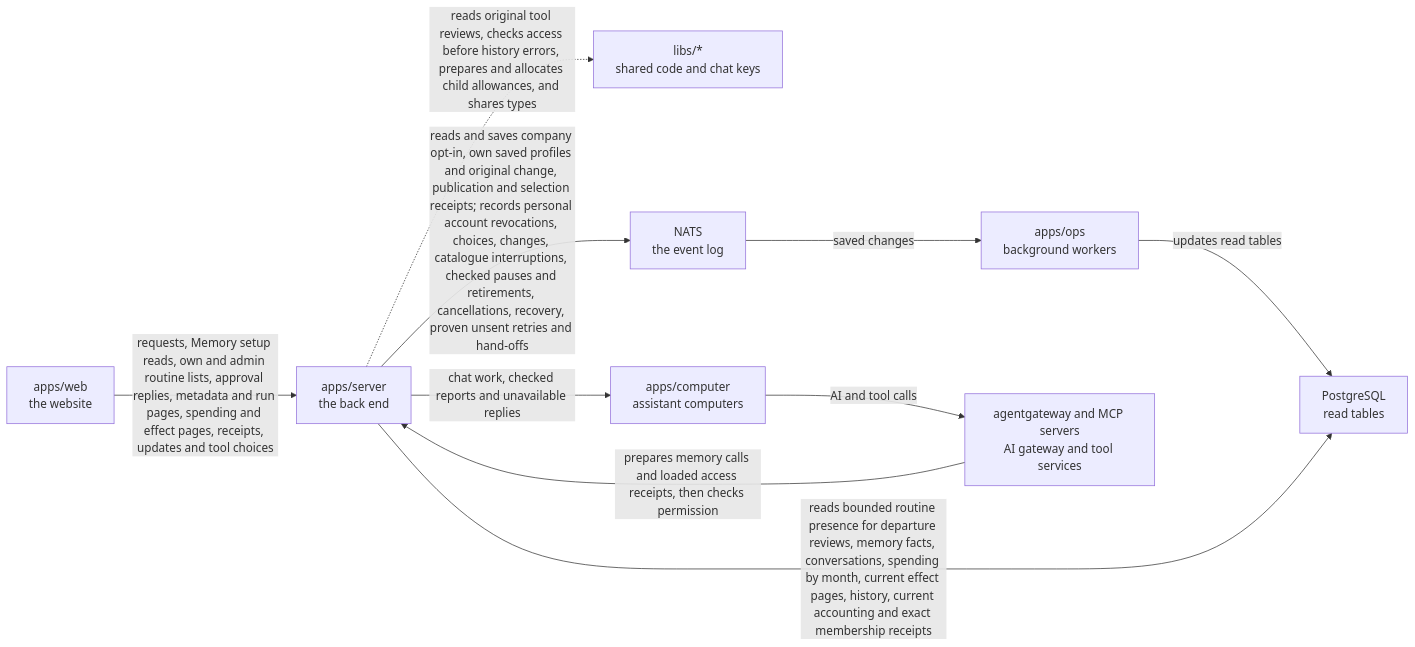
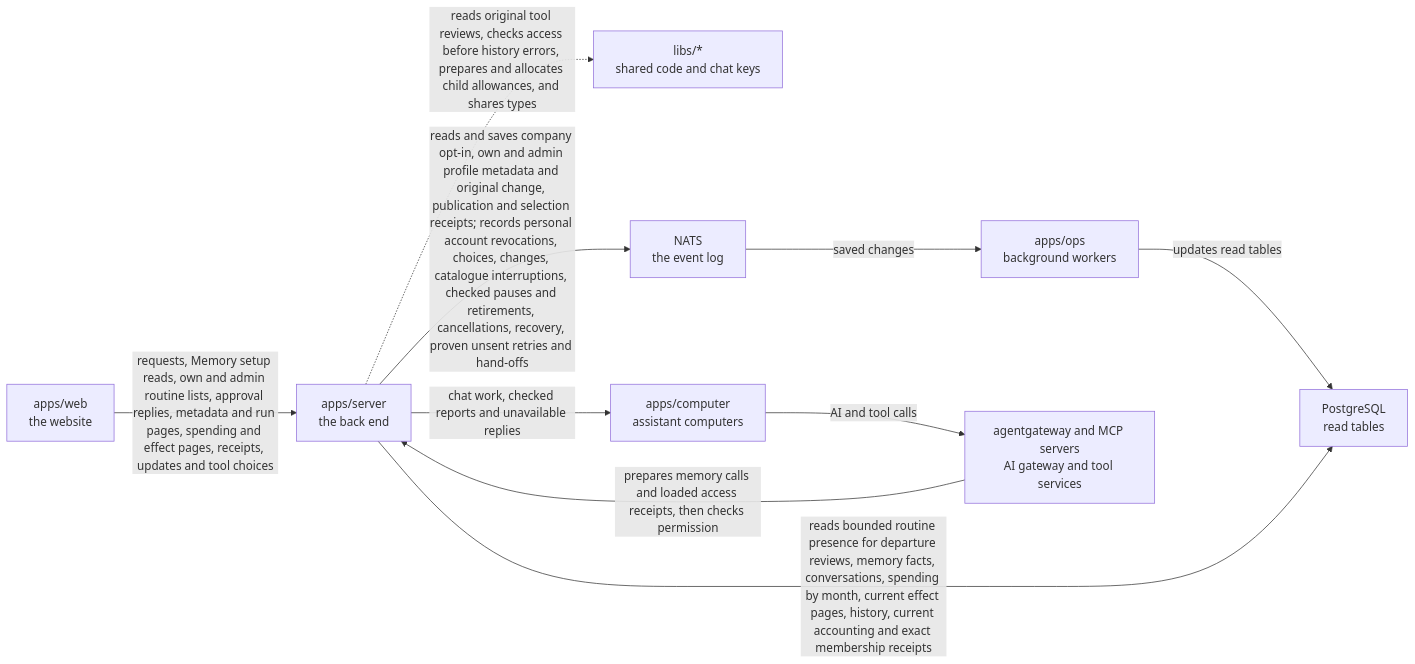
The diagram in apps/server/README.md (elewa-git/opencrane-new), drawn with Mermaid before and after one commit. The commit also changed other lines of this file and 10 other files, not shown here.

Commit message:
🔎 Let current admins inspect safe personal profile metadata

````diff
--- a/apps/server/README.md
+++ b/apps/server/README.md
@@ -80,12 +80,12 @@
 ```mermaid
 flowchart LR
   web["apps/web<br/>the website"] -->|requests, Memory setup reads, own and admin routine lists, approval replies, metadata and run pages, spending and effect pages, receipts, updates and tool choices| server["apps/server<br/>the back end"]
   server -.->|reads original tool reviews, checks access before history errors, prepares and allocates child allowances, and shares types| libs["libs/*<br/>shared code and chat keys"]
-  server -->|reads and saves company opt-in, own saved profiles and original change, publication and selection receipts; records personal account revocations, choices, changes, catalogue interruptions, checked pauses and retirements, cancellations, recovery, proven unsent retries and hand-offs| nats["NATS<br/>the event log"]
+  server -->|reads and saves company opt-in, own and admin profile metadata and original change, publication and selection receipts; records personal account revocations, choices, changes, catalogue interruptions, checked pauses and retirements, cancellations, recovery, proven unsent retries and hand-offs| nats["NATS<br/>the event log"]
   nats -->|saved changes| ops["apps/ops<br/>background workers"]
   ops -->|updates read tables| postgres["PostgreSQL<br/>read tables"]
   server -->|reads bounded routine presence for departure reviews, memory facts, conversations, spending by month, current effect pages, history, current accounting and exact membership receipts| postgres
   server -->|chat work, checked reports and unavailable replies| computer["apps/computer<br/>assistant computers"]
   computer -->|AI and tool calls| runtime["agentgateway and MCP servers<br/>AI gateway and tool services"]
   runtime -->|prepares memory calls and loaded access receipts, then checks permission| server
 ```
````
